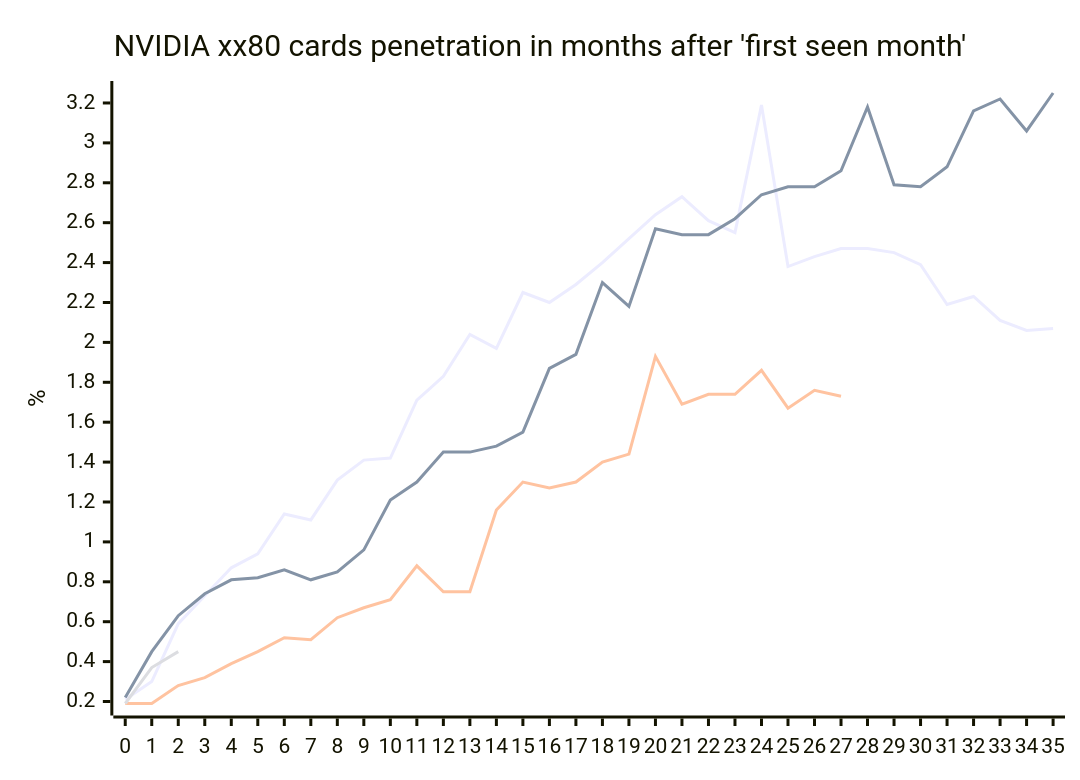
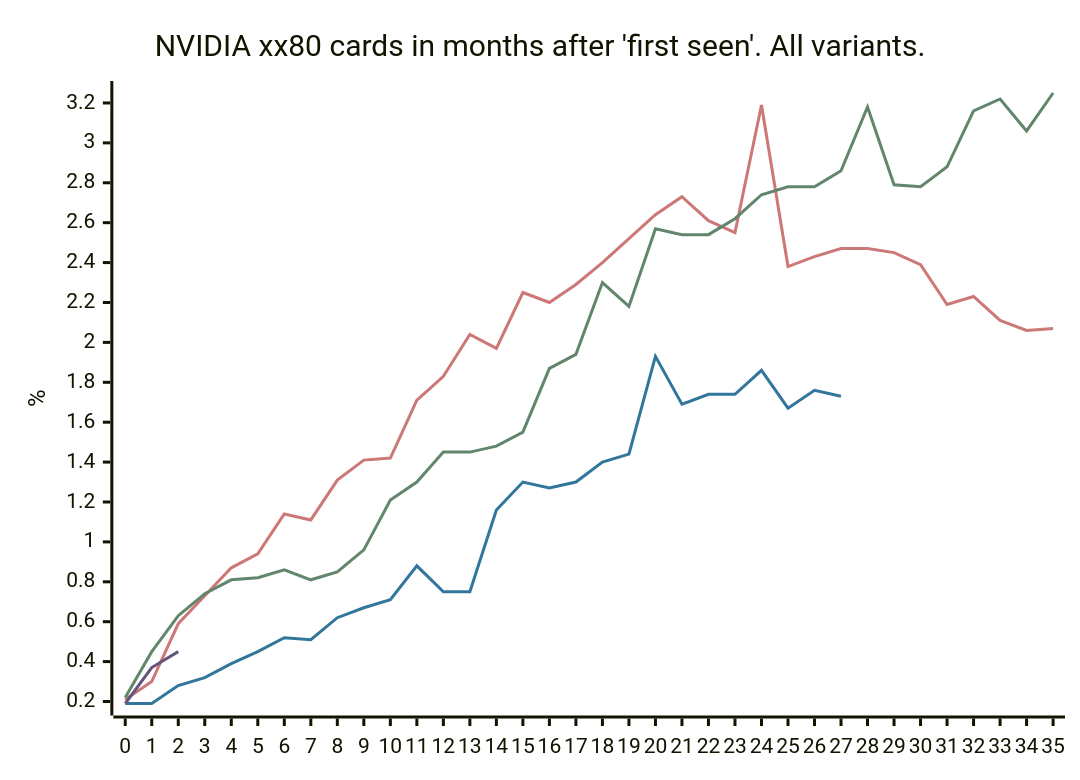
One commit to jdegene/birch-mapping changed the third of 3 diagrams in README.md. Above: the diagram before and after it, drawn with Mermaid.

Commit message:
added config

````diff
--- a/README.md
+++ b/README.md
@@ -21,10 +21,18 @@
 ```mermaid
+---
+config:
+    themeVariables:
+        xyChart:
+            plotColorPalette: "#CB7876,#62866C,#32769B,#64557B,#F67B45"
+--- 
+
+
 xychart-beta
-    title "NVIDIA xx80 cards penetration in months after 'first seen month'"
+    title "NVIDIA xx80 cards in months after 'first seen'. All variants."
     x-axis[0, 1, 2, 3, 4, 5, 6, 7, 8, 9, 10, 11, 12, 13, 14, 15, 16, 17, 18, 19, 20, 21, 22, 23, 24, 25, 26, 27, 28, 29, 30, 31, 32, 33, 34, 35]
     y-axis "%" 
     line [0.21, 0.3, 0.59, 0.7299999999999999, 0.8699999999999999, 0.9400000000000001, 1.1400000000000001, 1.1099999999999999, 1.31, 1.41, 1.4200000000000002, 1.71, 1.83, 2.04, 1.97, 2.25, 2.1999999999999997, 2.29, 2.4, 2.52, 2.64, 2.73, 2.6100000000000003, 2.5500000000000003, 3.19, 2.3800000000000003, 2.43, 2.4699999999999998, 2.4699999999999998, 2.45, 2.3899999999999997, 2.19, 2.23, 2.11, 2.06, 2.07]
     line [0.22, 0.44999999999999996, 0.63, 0.74, 0.8099999999999999, 0.8200000000000001, 0.86, 0.8099999999999999, 0.8500000000000001, 0.96, 1.21, 1.3, 1.4500000000000002, 1.45, 1.48, 1.55, 1.87, 1.94, 2.3, 2.18, 2.5700000000000003, 2.54, 2.54, 2.62, 2.74, 2.78, 2.78, 2.86, 3.18, 2.79, 2.78, 2.88, 3.16, 3.2199999999999998, 3.06, 3.25]
     line [0.19, 0.19, 0.27999999999999997, 0.32, 0.38999999999999996, 0.44999999999999996, 0.52, 0.51, 0.62, 0.67, 0.7100000000000001, 0.88, 0.75, 0.75, 1.16, 1.3, 1.27, 1.3, 1.4000000000000001, 1.44, 1.9299999999999997, 1.69, 1.7399999999999998, 1.7399999999999998, 1.8599999999999999, 1.67, 1.7599999999999998, 1.73]
     line [0.19, 0.37, 0.44999999999999996]
 ``` 
````
